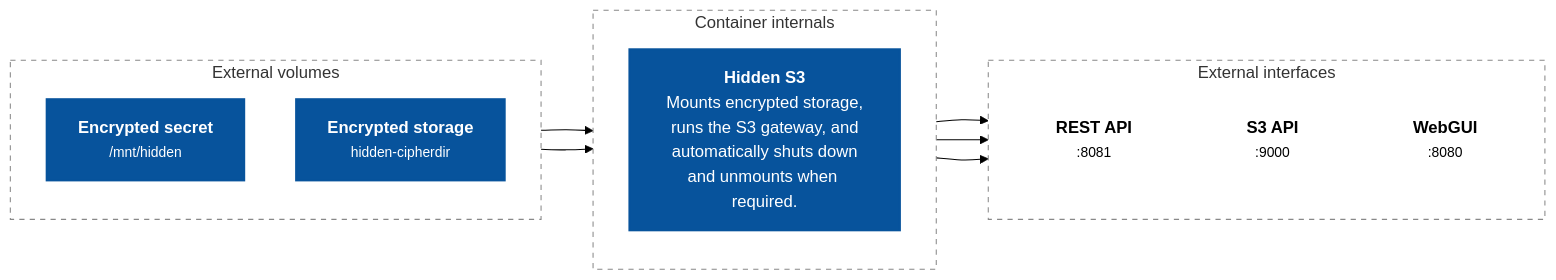
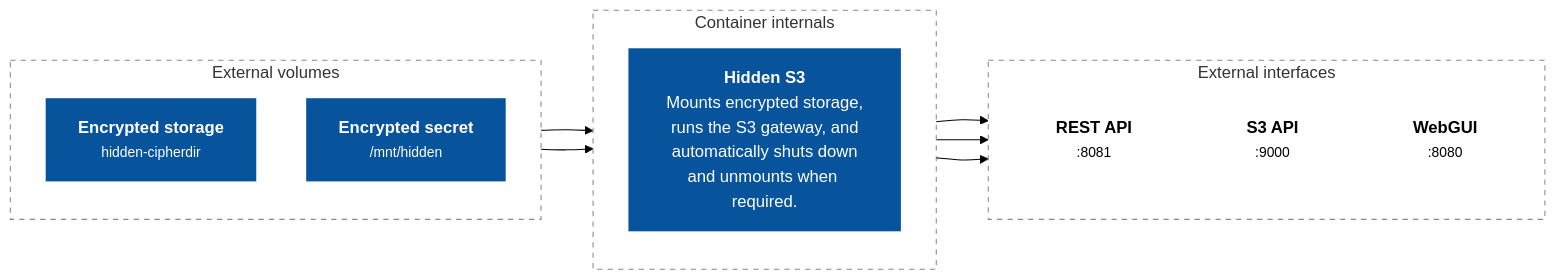
One commit to artabramov/hidden changed the diagram in README.md. Above: the diagram before and after it, drawn with Mermaid (forest theme). The commit also changed other lines of this file and 1 other file, not shown here.

Commit message:
Updated schema

````diff
--- a/README.md
+++ b/README.md
@@ -88,37 +88,37 @@
 ```mermaid
 flowchart LR
     subgraph VOL["External volumes"]
         direction TB
+        STORAGE["<b>Encrypted storage</b><br/><small>hidden-cipherdir</small>"]
         SECRET["<b>Encrypted secret</b><br/><small>/mnt/hidden</small>"]
-        STORAGE["<b>Encrypted storage</b><br/><small>hidden-cipherdir</small>"]
     end
 
     subgraph INT["Container internals"]
         direction TB
         H["<b>Hidden S3</b><br/>Mounts encrypted storage,<br/>runs the S3 gateway, and<br/>automatically shuts down<br/>and unmounts when required."]
     end
 
     subgraph EXT["External interfaces"]
         direction TB
         REST["<b>REST API</b><br/><small>:8081</small>"]
         S3["<b>S3 API</b><br/><small>:9000</small>"]
         GUI["<b>WebGUI</b><br/><small>:8080</small>"]
     end
 
+    STORAGE --> H
     SECRET --> H
-    STORAGE --> H
 
     H --> REST
     H --> S3
     H --> GUI
 
     classDef blue fill:#07539c,color:#fff,stroke:#07539c,stroke-width:2px;
     classDef interface fill:#fff,color:#000,stroke:none;
 
     class H,SECRET,STORAGE blue;
     class REST,S3,GUI interface;
 
     style EXT fill:none,stroke:#888,stroke-dasharray:5 5
     style INT fill:none,stroke:#888,stroke-dasharray:5 5
     style VOL fill:none,stroke:#888,stroke-dasharray:5 5
 ```
````
